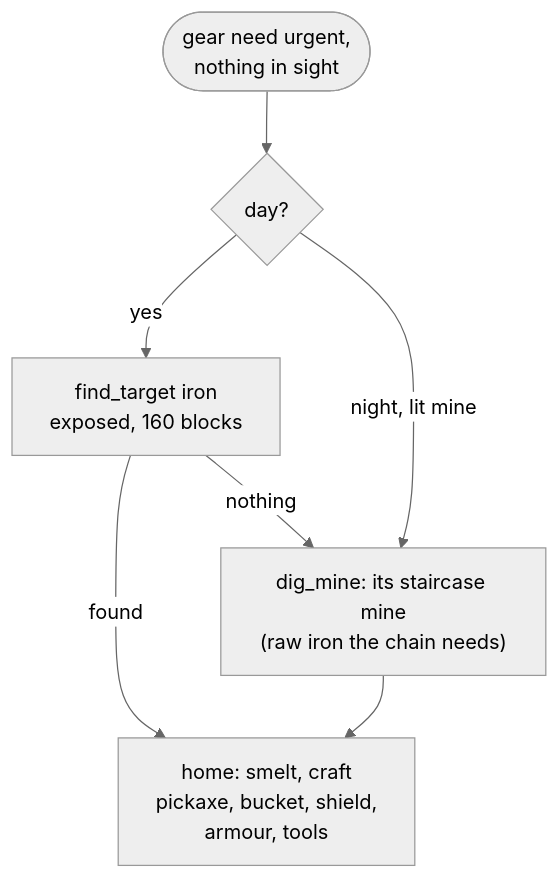
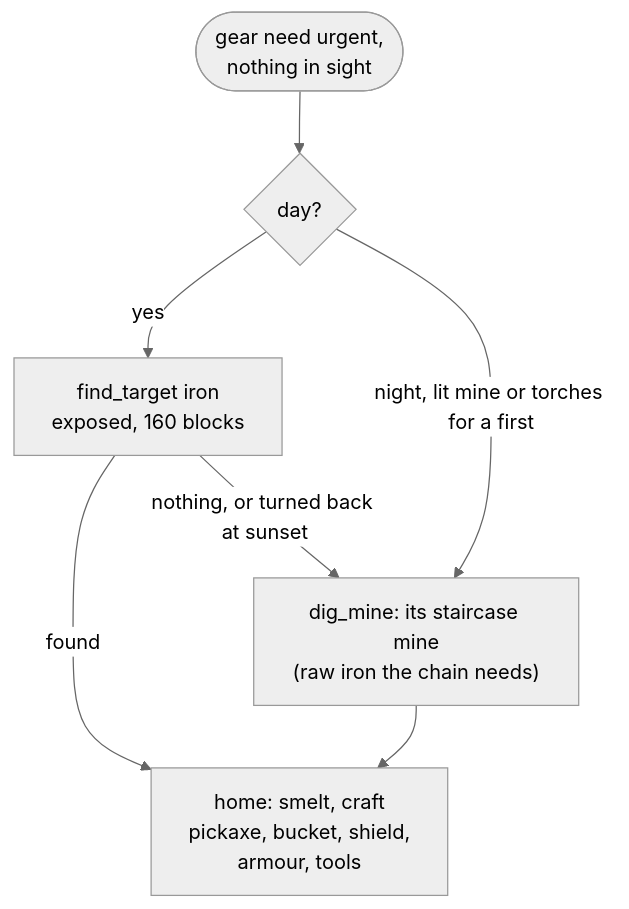
One commit to thereisnotime/golemkit changed the second of 2 diagrams in docs/guide/needs-and-idle.md. Above: the diagram before and after it, drawn with Mermaid (neutral theme). The commit also changed other lines of this file and 11 other files, not shown here.

Commit message:
Gear search: dig the first mine at night with torches, go on to the mine when a search turns back at sunset

````diff
--- a/docs/guide/needs-and-idle.md
+++ b/docs/guide/needs-and-idle.md
@@ -108,9 +109,9 @@
 ```mermaid
 flowchart TD
   G(["gear need urgent,<br/>nothing in sight"]) --> N{"day?"}
   N -->|yes| F["find_target iron<br/>exposed, 160 blocks"]
-  N -->|"night, lit mine"| M
+  N -->|"night, lit mine or torches for a first"| M
   F -->|found| U
-  F -->|nothing| M["dig_mine: its staircase mine<br/>(raw iron the chain needs)"]
+  F -->|"nothing, or turned back at sunset"| M["dig_mine: its staircase mine<br/>(raw iron the chain needs)"]
   M --> U["home: smelt, craft<br/>pickaxe, bucket, shield,<br/>armour, tools"]
 ```
````
